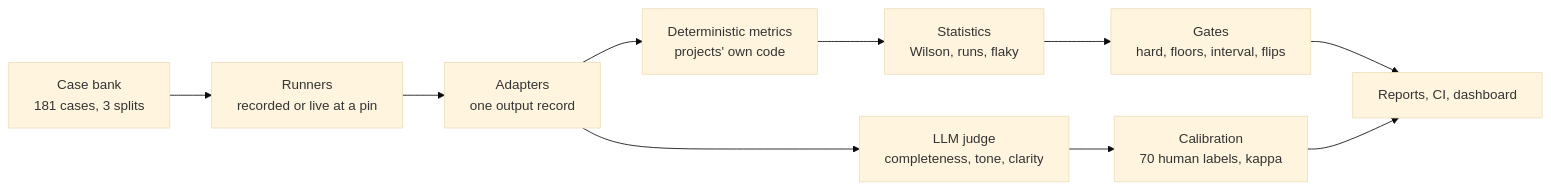
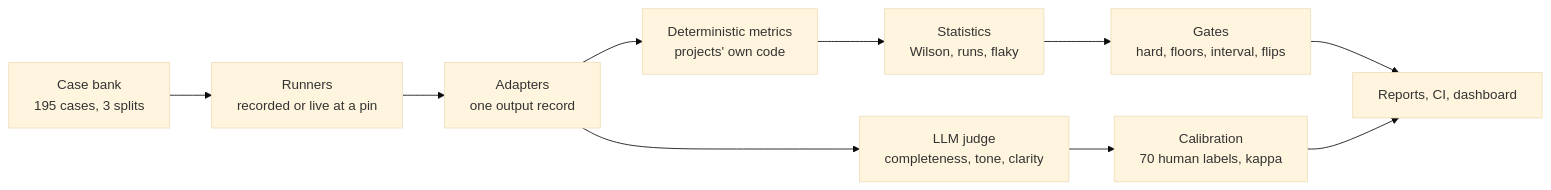
One commit to vamsialladev/eval-harness changed the first of 2 diagrams in README.md. Above: the diagram before and after it, drawn with Mermaid (base theme). The commit also changed other lines of this file and 4 other files, not shown here.

````diff
--- a/README.md
+++ b/README.md
@@ -90,12 +90,12 @@
 ```mermaid
 flowchart LR
-    C[Case bank<br/>181 cases, 3 splits] --> R[Runners<br/>recorded or live at a pin]
+    C[Case bank<br/>195 cases, 3 splits] --> R[Runners<br/>recorded or live at a pin]
     R --> A[Adapters<br/>one output record]
     A --> M[Deterministic metrics<br/>projects' own code]
     A --> J[LLM judge<br/>completeness, tone, clarity]
     J --> K[Calibration<br/>70 human labels, kappa]
     M --> S[Statistics<br/>Wilson, runs, flaky]
     S --> G[Gates<br/>hard, floors, interval, flips]
     G --> O[Reports, CI, dashboard]
     K --> O
 ```
````
